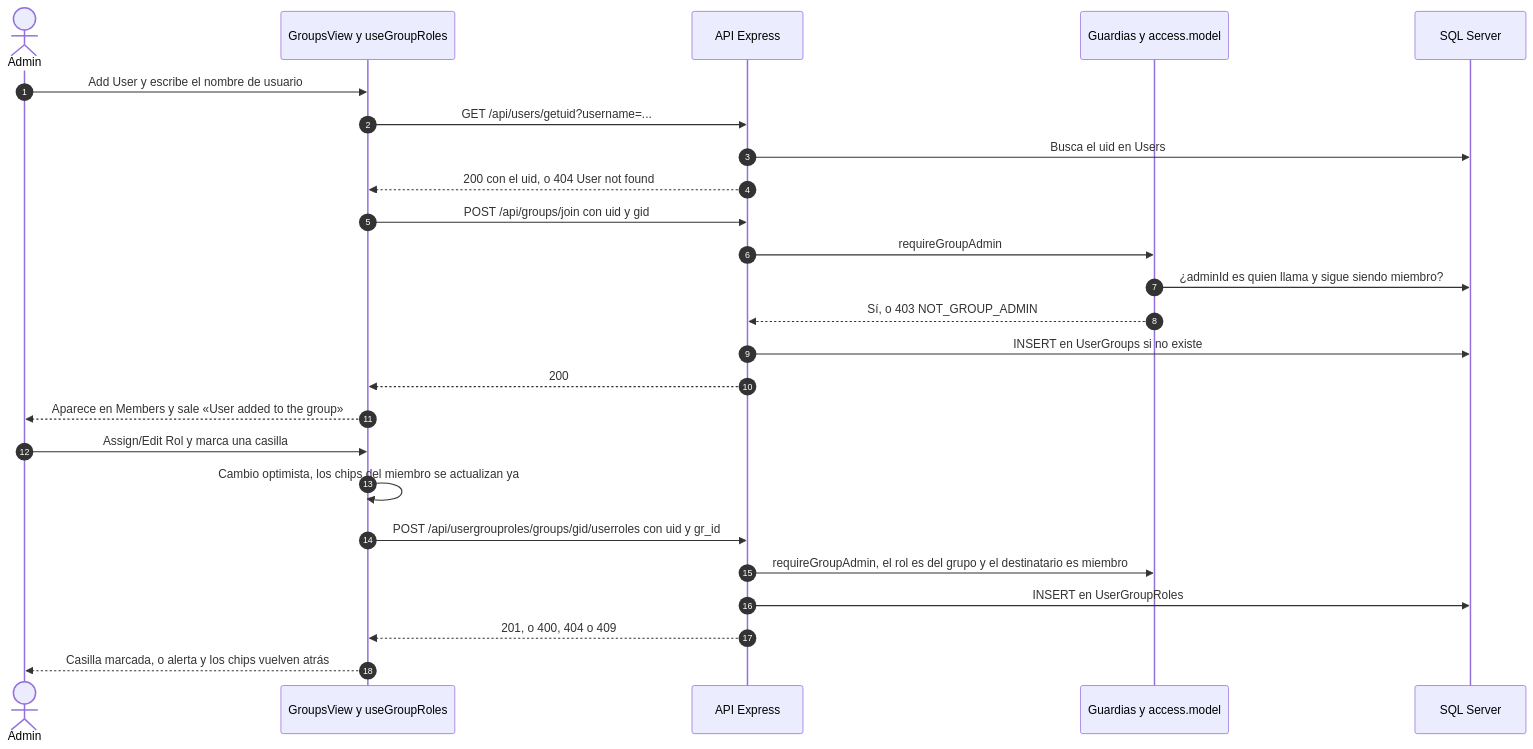
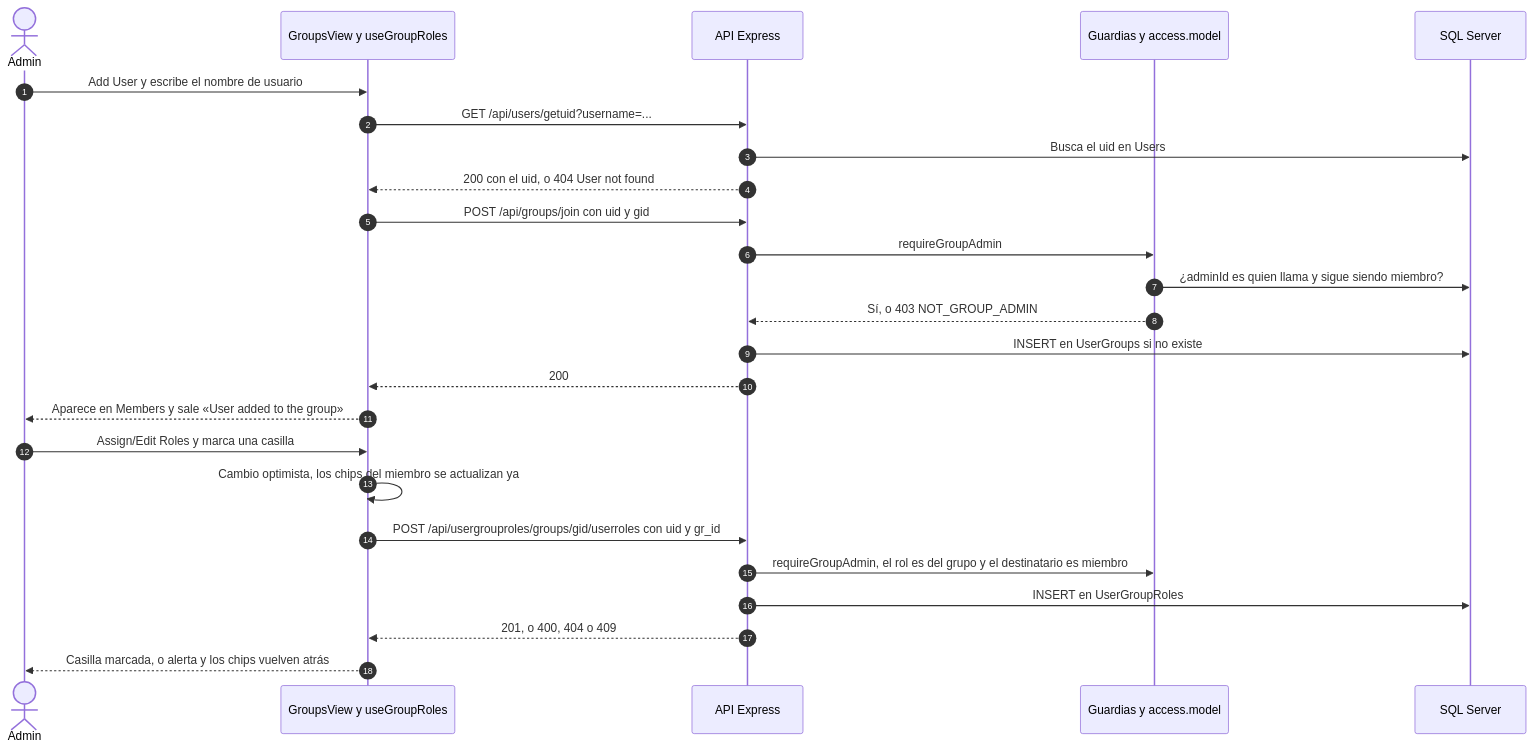
The first of 4 diagrams in documentacion/06-flujos/02-grupos-y-roles.md (PabloP150/proyecto-is-cc6), drawn with Mermaid before and after one commit. The commit also changed other lines of this file and 204 other files, not shown here.

First line of the commit message:
docs: update all documentation, diagrams and PNGs to the test/e2e state

````diff
--- a/documentacion/06-flujos/02-grupos-y-roles.md
+++ b/documentacion/06-flujos/02-grupos-y-roles.md
@@ -7,28 +7,28 @@
 ```mermaid
 sequenceDiagram
     autonumber
     actor A as Admin
     participant UI as GroupsView y useGroupRoles
     participant API as API Express
     participant G as Guardias y access.model
     participant DB as SQL Server
 
     A->>UI: Add User y escribe el nombre de usuario
     UI->>API: GET /api/users/getuid?username=...
     API->>DB: Busca el uid en Users
     API-->>UI: 200 con el uid, o 404 User not found
     UI->>API: POST /api/groups/join con uid y gid
     API->>G: requireGroupAdmin
     G->>DB: ¿adminId es quien llama y sigue siendo miembro?
     G-->>API: Sí, o 403 NOT_GROUP_ADMIN
     API->>DB: INSERT en UserGroups si no existe
     API-->>UI: 200
     UI-->>A: Aparece en Members y sale «User added to the group»
-    A->>UI: Assign/Edit Rol y marca una casilla
+    A->>UI: Assign/Edit Roles y marca una casilla
     UI->>UI: Cambio optimista, los chips del miembro se actualizan ya
     UI->>API: POST /api/usergrouproles/groups/gid/userroles con uid y gr_id
     API->>G: requireGroupAdmin, el rol es del grupo y el destinatario es miembro
     API->>DB: INSERT en UserGroupRoles
     API-->>UI: 201, o 400, 404 o 409
     UI-->>A: Casilla marcada, o alerta y los chips vuelven atrás
 ```
````
